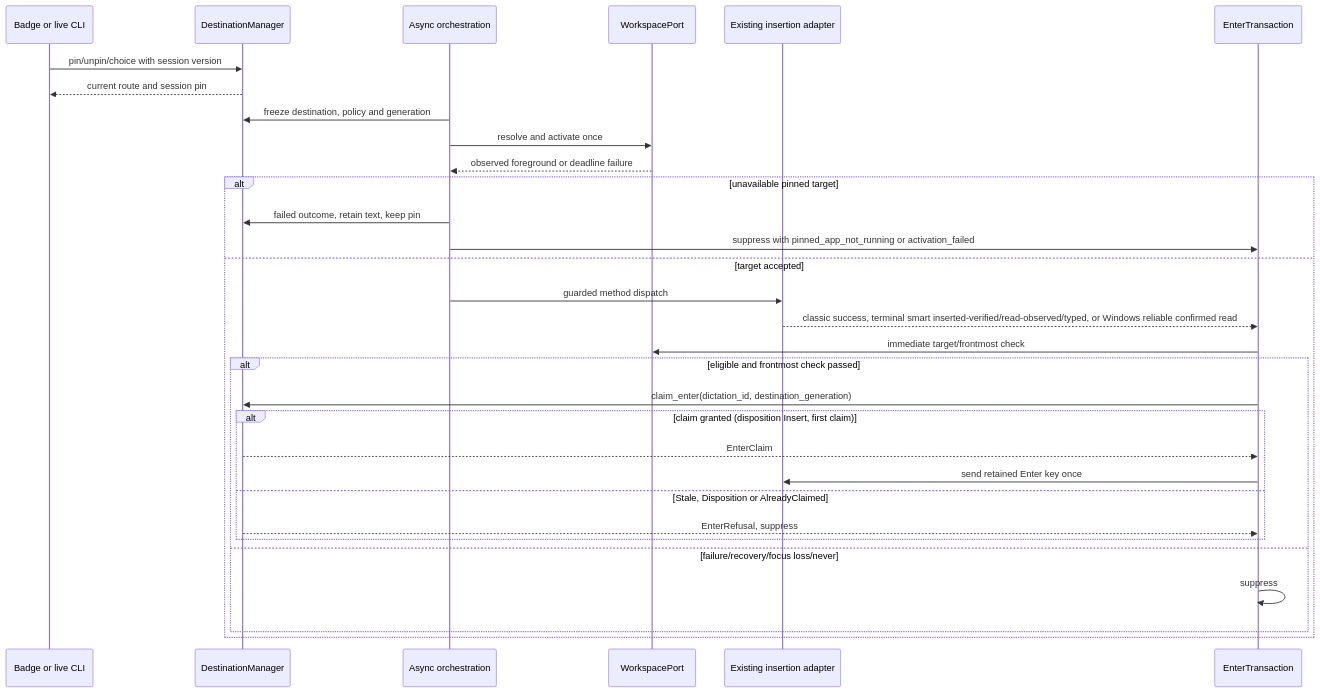
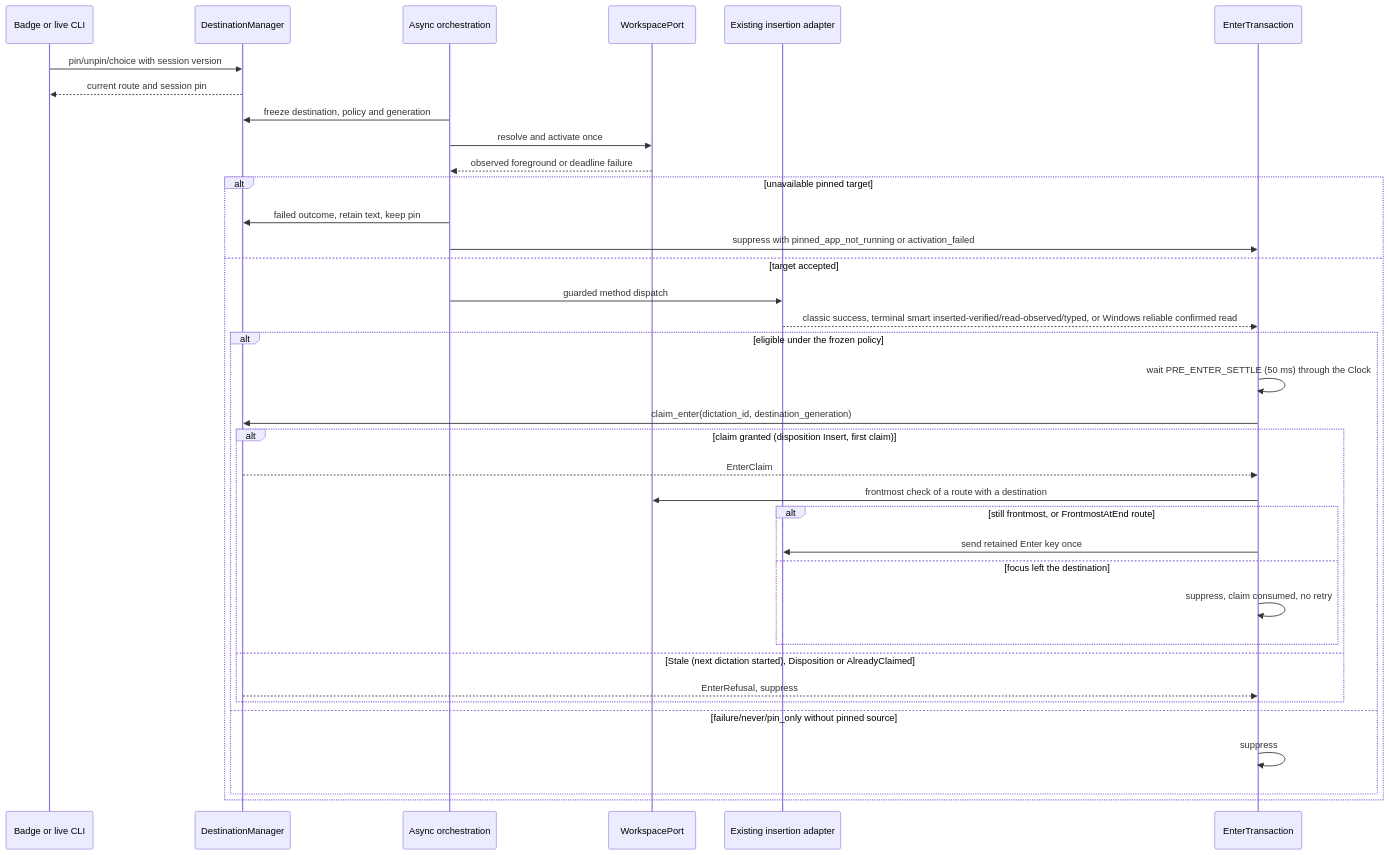
The first of 4 diagrams in .specs/features/009-pin-mode-and-enter-rule/plan.md (julien-m/handy), drawn with Mermaid before and after one commit. The commit also changed other lines of this file and 2 other files, not shown here.

````diff
--- a/.specs/features/009-pin-mode-and-enter-rule/plan.md
+++ b/.specs/features/009-pin-mode-and-enter-rule/plan.md
@@ -214,33 +226,38 @@
 ```mermaid
 sequenceDiagram
   participant UI as Badge or live CLI
   participant Manager as DestinationManager
   participant Worker as Async orchestration
   participant OS as WorkspacePort
   participant Paste as Existing insertion adapter
   participant Enter as EnterTransaction
   UI->>Manager: pin/unpin/choice with session version
   Manager-->>UI: current route and session pin
   Worker->>Manager: freeze destination, policy and generation
   Worker->>OS: resolve and activate once
   OS-->>Worker: observed foreground or deadline failure
   alt unavailable pinned target
     Worker->>Manager: failed outcome, retain text, keep pin
     Worker->>Enter: suppress with pinned_app_not_running or activation_failed
   else target accepted
     Worker->>Paste: guarded method dispatch
     Paste-->>Enter: classic success, terminal smart inserted-verified/read-observed/typed, or Windows reliable confirmed read
-    Enter->>OS: immediate target/frontmost check
-    alt eligible and frontmost check passed
+    alt eligible under the frozen policy
+      Enter->>Enter: wait PRE_ENTER_SETTLE (50 ms) through the Clock
       Enter->>Manager: claim_enter(dictation_id, destination_generation)
       alt claim granted (disposition Insert, first claim)
         Manager-->>Enter: EnterClaim
-        Enter->>Paste: send retained Enter key once
-      else Stale, Disposition or AlreadyClaimed
+        Enter->>OS: frontmost check of a route with a destination
+        alt still frontmost, or FrontmostAtEnd route
+          Enter->>Paste: send retained Enter key once
+        else focus left the destination
+          Enter->>Enter: suppress, claim consumed, no retry
+        end
+      else Stale (next dictation started), Disposition or AlreadyClaimed
         Manager-->>Enter: EnterRefusal, suppress
       end
-    else failure/recovery/focus loss/never
+    else failure/never/pin_only without pinned source
       Enter->>Enter: suppress
     end
   end
 ```
````
